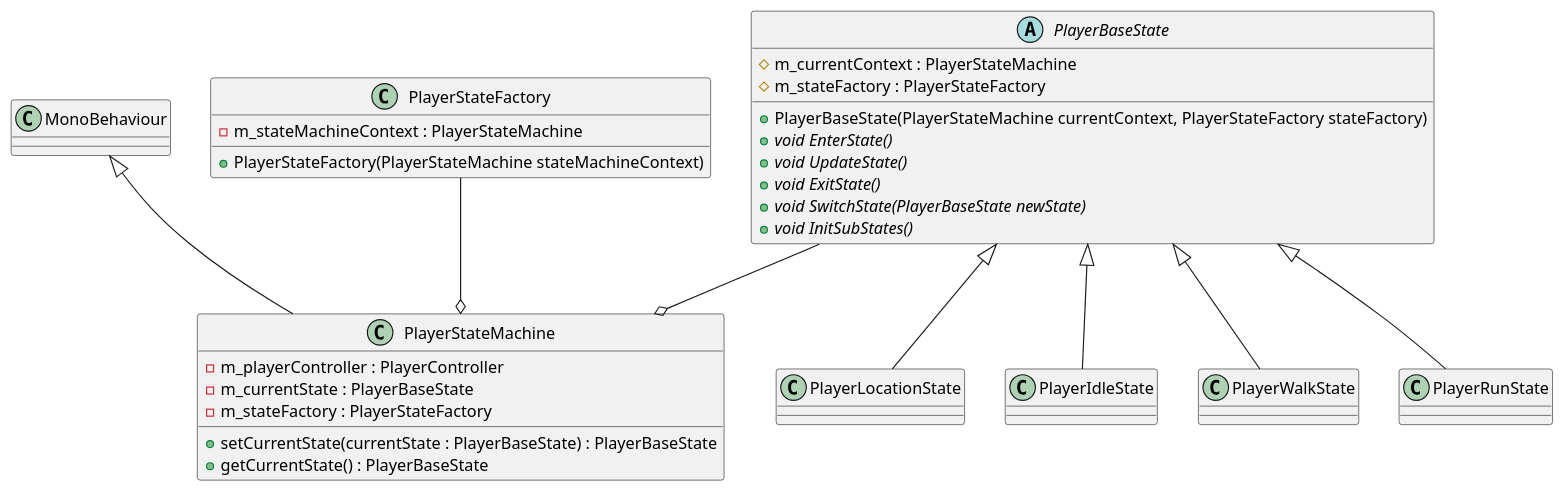
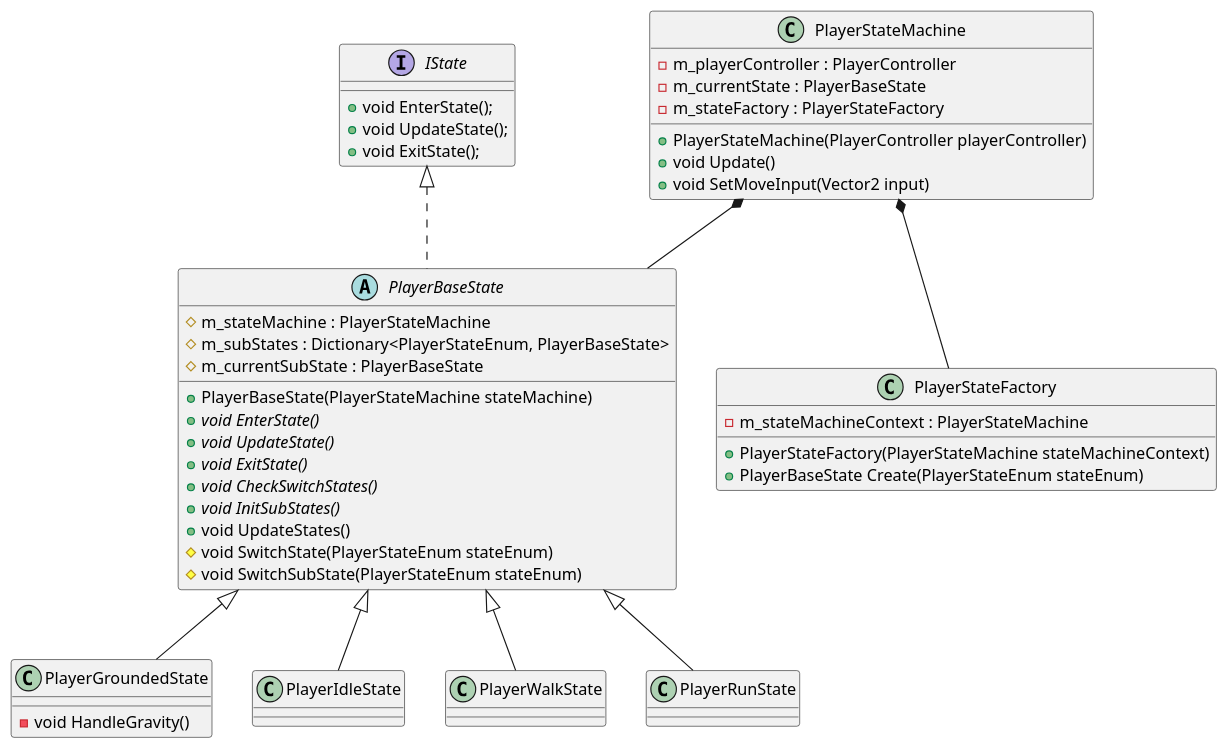
Before and after one commit to Jerryym/EchoKnight: the diagram in Documents/StateMachine.puml, drawn with PlantUML. The commit also changed 15 other files, not shown here.

```diff
--- a/Documents/StateMachine.puml
+++ b/Documents/StateMachine.puml
@@ -1,49 +1,57 @@
 @startuml StateMachine
 
-class PlayerStateMachine extends MonoBehaviour {
+class PlayerStateMachine {
 	- m_playerController : PlayerController
 	- m_currentState : PlayerBaseState
 	- m_stateFactory : PlayerStateFactory
 
-	+ setCurrentState(currentState : PlayerBaseState) : PlayerBaseState
-	+ getCurrentState() : PlayerBaseState
+	+ PlayerStateMachine(PlayerController playerController)
+	+ void Update()
+	+ void SetMoveInput(Vector2 input)
 }
 
-abstract class PlayerBaseState {
-	# m_currentContext : PlayerStateMachine
-	# m_stateFactory : PlayerStateFactory
+interface IState {
+	+ void EnterState();
+	+ void UpdateState();
+	+ void ExitState();
+}
 
-	+ PlayerBaseState(PlayerStateMachine currentContext, PlayerStateFactory stateFactory)
+abstract class PlayerBaseState implements IState {
+	# m_stateMachine : PlayerStateMachine
+	# m_subStates : Dictionary<PlayerStateEnum, PlayerBaseState>
+	# m_currentSubState : PlayerBaseState
+
+	+ PlayerBaseState(PlayerStateMachine stateMachine)
 	+ {abstract} void EnterState()
 	+ {abstract} void UpdateState()
 	+ {abstract} void ExitState()
-	+ {abstract} void SwitchState(PlayerBaseState newState)
+	+ {abstract} void CheckSwitchStates()
 	+ {abstract} void InitSubStates()
+	+ void UpdateStates()
+	# void SwitchState(PlayerStateEnum stateEnum)
+	# void SwitchSubState(PlayerStateEnum stateEnum)
 }
 
-class PlayerLocationState extends PlayerBaseState {
-
+class PlayerGroundedState extends PlayerBaseState {
+	- void HandleGravity()
 }
 
 class PlayerIdleState extends PlayerBaseState {
-
 }
 
 class PlayerWalkState extends PlayerBaseState {
-
 }
 
 class PlayerRunState extends PlayerBaseState {
-
 }
 
 class PlayerStateFactory {
 	- m_stateMachineContext : PlayerStateMachine
 
 	+ PlayerStateFactory(PlayerStateMachine stateMachineContext)
+	+ PlayerBaseState Create(PlayerStateEnum stateEnum)
 }
 
-PlayerBaseState --o PlayerStateMachine
-PlayerStateFactory --o PlayerStateMachine
-
+PlayerStateMachine *-- PlayerBaseState
+PlayerStateMachine *-- PlayerStateFactory
 @enduml
```
